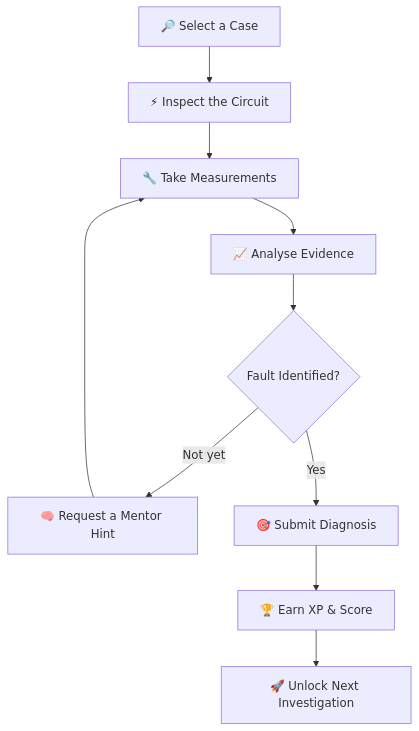
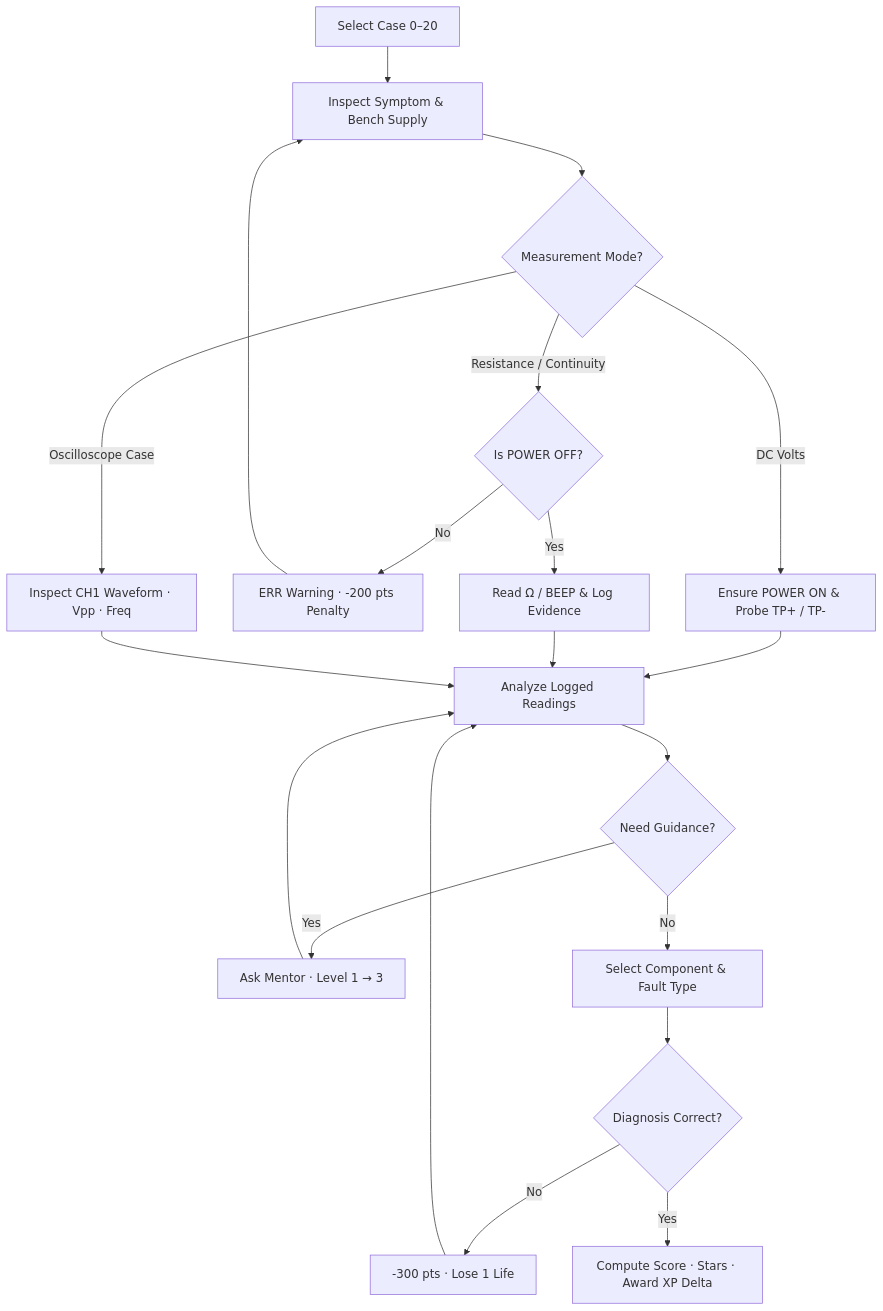
Before and after one commit to rajasri2034/FaultFinder: the diagram in README.md, drawn with Mermaid. The commit also changed other lines of this file, not shown here.

````diff
--- a/README.md
+++ b/README.md
@@ -145,12 +119,22 @@
 ```mermaid
 flowchart TD
-    A["🔎 Select a Case"] --> B["⚡ Inspect the Circuit"]
-    B --> C["🔧 Take Measurements"]
-    C --> D["📈 Analyse Evidence"]
-    D --> E{"Fault Identified?"}
-    E -->|Not yet| F["🧠 Request a Mentor Hint"]
-    F --> C
-    E -->|Yes| G["🎯 Submit Diagnosis"]
-    G --> H["🏆 Earn XP & Score"]
-    H --> I["🚀 Unlock Next Investigation"]
+    A[Select Case 0–20] --> B[Inspect Symptom & Bench Supply]
+    B --> C{Measurement Mode?}
+    C -->|DC Volts| D[Ensure POWER ON & Probe TP+ / TP-]
+    C -->|Resistance / Continuity| E{Is POWER OFF?}
+    E -->|No| F[ERR Warning · -200 pts Penalty]
+    F --> B
+    E -->|Yes| G[Read Ω / BEEP & Log Evidence]
+    C -->|Oscilloscope Case| H[Inspect CH1 Waveform · Vpp · Freq]
+    D --> I[Analyze Logged Readings]
+    G --> I
+    H --> I
+    I --> J{Need Guidance?}
+    J -->|Yes| K[Ask Mentor · Level 1 → 3]
+    K --> I
+    J -->|No| L[Select Component & Fault Type]
+    L --> M{Diagnosis Correct?}
+    M -->|No| N[-300 pts · Lose 1 Life]
+    N --> I
+    M -->|Yes| O[Compute Score · Stars · Award XP Delta]
 ```
````
